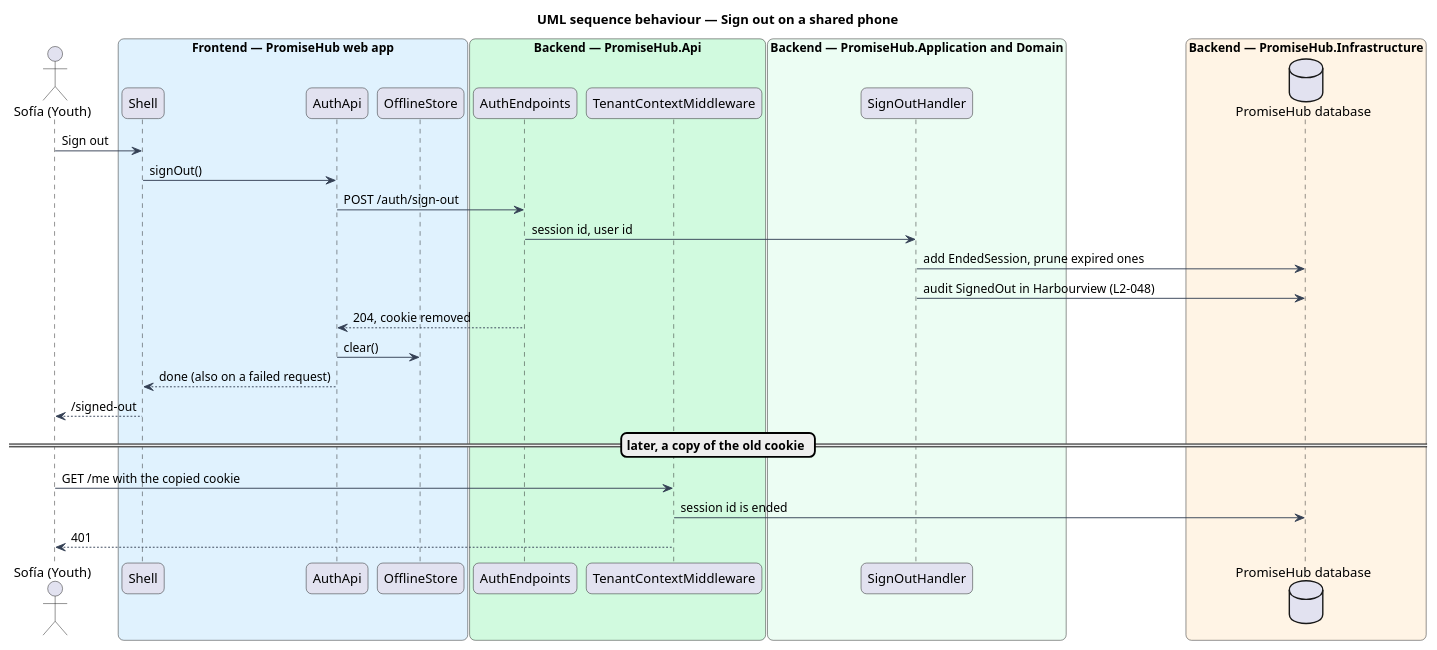
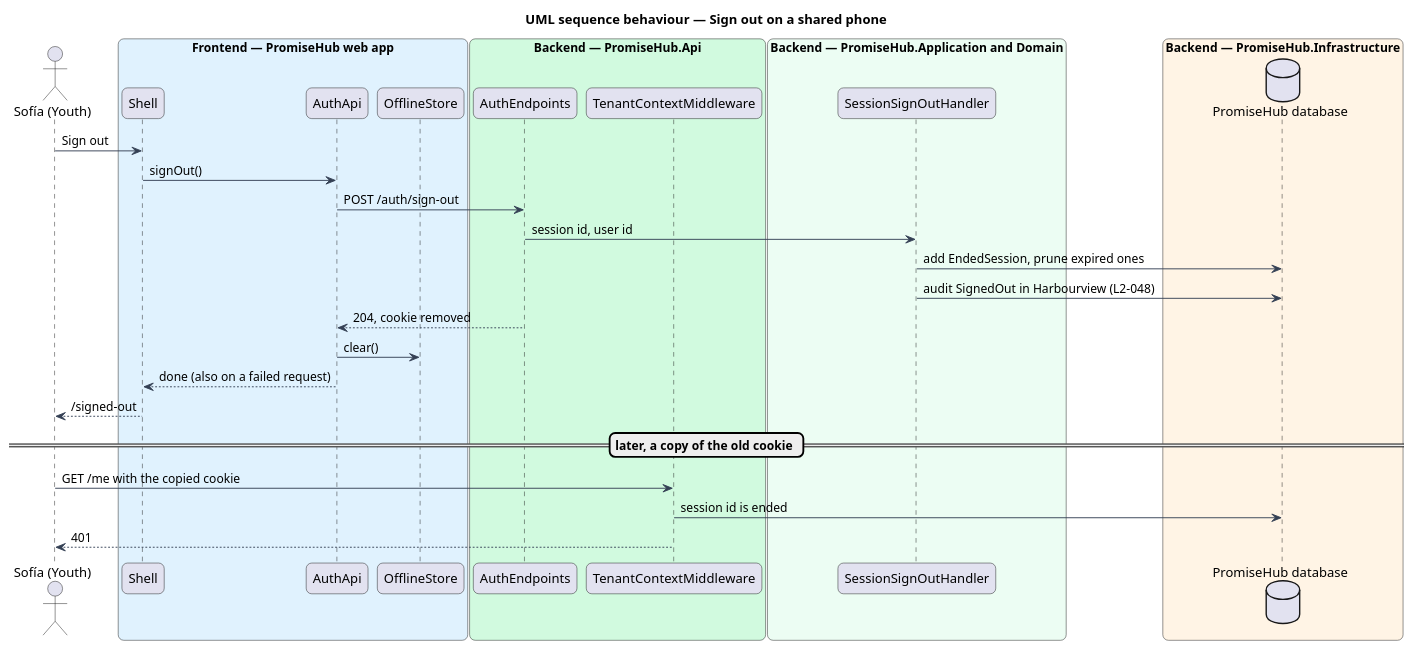
One commit to QuinntyneBrown/promise-hub changed the diagram in docs/detailed-designs/identity/end-user-session/diagrams/sequence-sign-out.puml. Above: the diagram before and after it, drawn with PlantUML. The commit also changed 14 other files, not shown here.

```diff
--- a/docs/detailed-designs/identity/end-user-session/diagrams/sequence-sign-out.puml
+++ b/docs/detailed-designs/identity/end-user-session/diagrams/sequence-sign-out.puml
@@ -1,38 +1,38 @@
 @startuml
 title UML sequence behaviour — Sign out on a shared phone
 skinparam backgroundColor #FFFFFF
 skinparam shadowing false
 skinparam roundcorner 12
 skinparam defaultFontName Arial
 skinparam ArrowColor #344054
 actor "Sofía (Youth)" as actor
 box "Frontend — PromiseHub web app" #E0F2FE
   participant "Shell" as shell
   participant "AuthApi" as auth
   participant "OfflineStore" as off
 end box
 box "Backend — PromiseHub.Api" #D1FADF
   participant "AuthEndpoints" as ep
   participant "TenantContextMiddleware" as mw
 end box
 box "Backend — PromiseHub.Application and Domain" #ECFDF3
-  participant "SignOutHandler" as h
+  participant "SessionSignOutHandler" as h
 end box
 box "Backend — PromiseHub.Infrastructure" #FFF4E5
   database "PromiseHub database" as db
 end box
 actor -> shell : Sign out
 shell -> auth : signOut()
 auth -> ep : POST /auth/sign-out
 ep -> h : session id, user id
 h -> db : add EndedSession, prune expired ones
 h -> db : audit SignedOut in Harbourview (L2-048)
 ep --> auth : 204, cookie removed
 auth -> off : clear()
 auth --> shell : done (also on a failed request)
 shell --> actor : /signed-out
 == later, a copy of the old cookie ==
 actor -> mw : GET /me with the copied cookie
 mw -> db : session id is ended
 mw --> actor : 401
 @enduml
```
